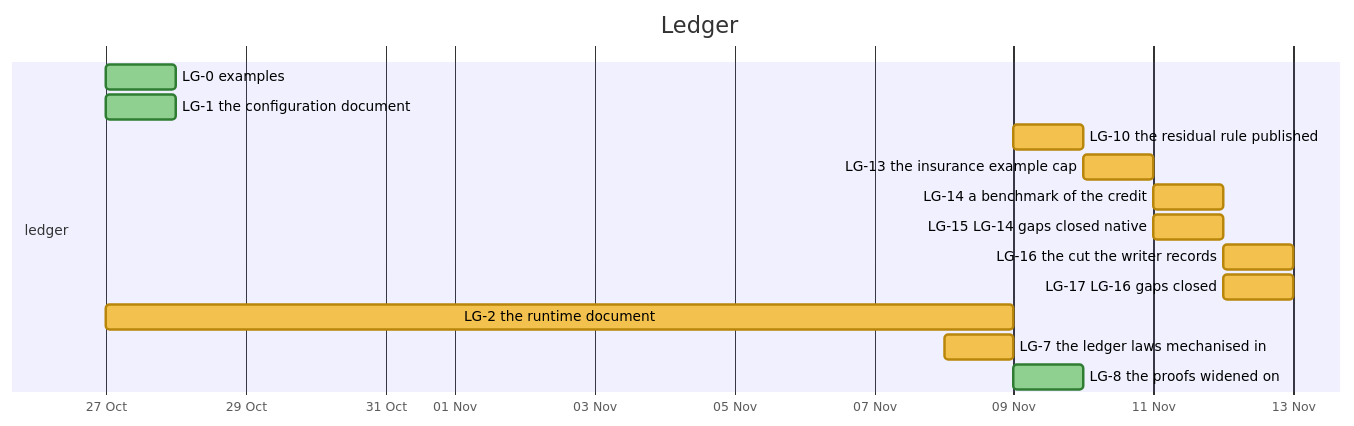
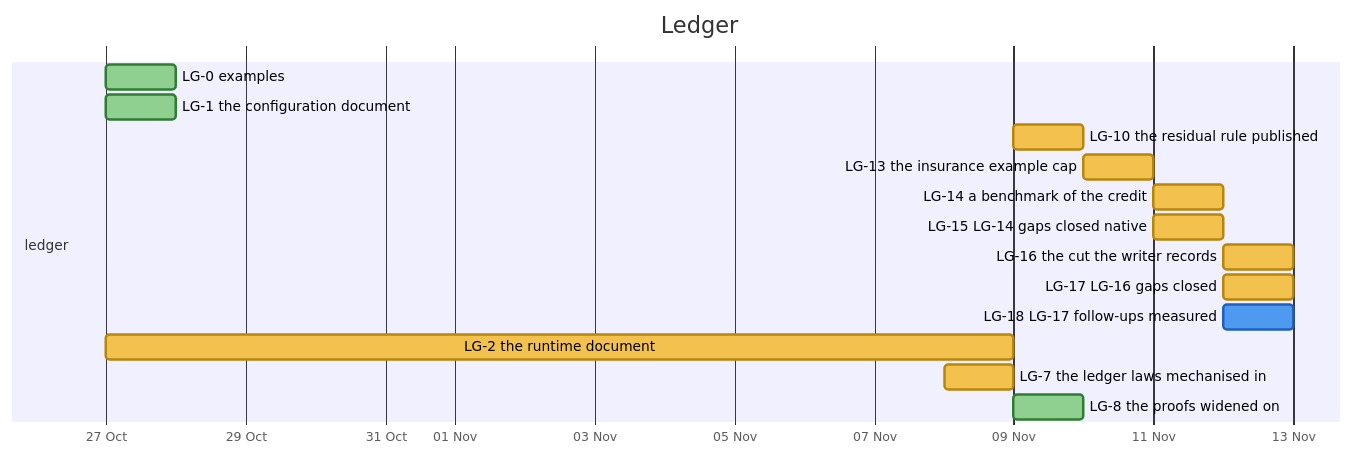
The tenth of 31 diagrams in docs/developer/ROADMAP.md (nebularis/lattice), drawn with Mermaid before and after one commit. The commit also changed other lines of this file and 15 other files, not shown here.

````diff
--- a/docs/developer/ROADMAP.md
+++ b/docs/developer/ROADMAP.md
@@ -334,19 +334,20 @@
 ```mermaid
 %%{init: {"themeVariables": {"taskBkgColor": "#f2c14e", "taskBorderColor": "#b8860b", "taskTextColor": "#000000", "activeTaskBkgColor": "#4e9af1", "activeTaskBorderColor": "#1f5fbf", "activeTaskBorderColor": "#1f5fbf", "doneTaskBkgColor": "#8fcf8f", "doneTaskBorderColor": "#2f7d32", "critBkgColor": "#f28b82", "critBorderColor": "#b23a30", "taskTextDarkColor": "#000000", "taskTextLightColor": "#000000"}}}%%
 gantt
     title Ledger
     dateFormat YYYY-MM-DD
     axisFormat %d %b
     section ledger
     LG-0 examples :done, lg0, 2026-10-27, 2026-10-28
     LG-1 the configuration document :done, lg1, 2026-10-27, 2026-10-28
     LG-10 the residual rule published :lg10, 2026-11-09, 2026-11-10
     LG-13 the insurance example cap :lg13, 2026-11-10, 2026-11-11
     LG-14 a benchmark of the credit :lg14, 2026-11-11, 2026-11-12
     LG-15 LG-14 gaps closed native :lg15, 2026-11-11, 2026-11-12
     LG-16 the cut the writer records :lg16, 2026-11-12, 2026-11-13
     LG-17 LG-16 gaps closed :lg17, 2026-11-12, 2026-11-13
+    LG-18 LG-17 follow-ups measured :active, lg18, 2026-11-12, 2026-11-13
     LG-2 the runtime document :lg2, 2026-10-27, 2026-11-09
     LG-7 the ledger laws mechanised in :lg7, 2026-11-08, 2026-11-09
     LG-8 the proofs widened on :done, lg8, 2026-11-09, 2026-11-10
 ```
````
